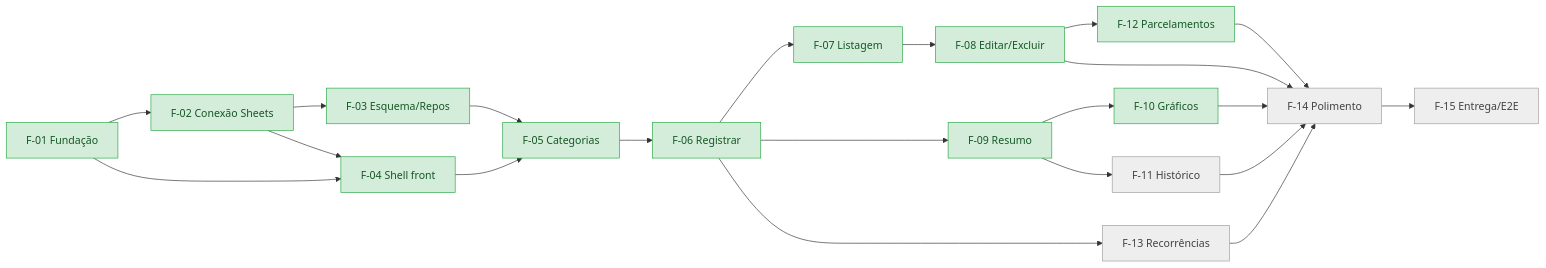
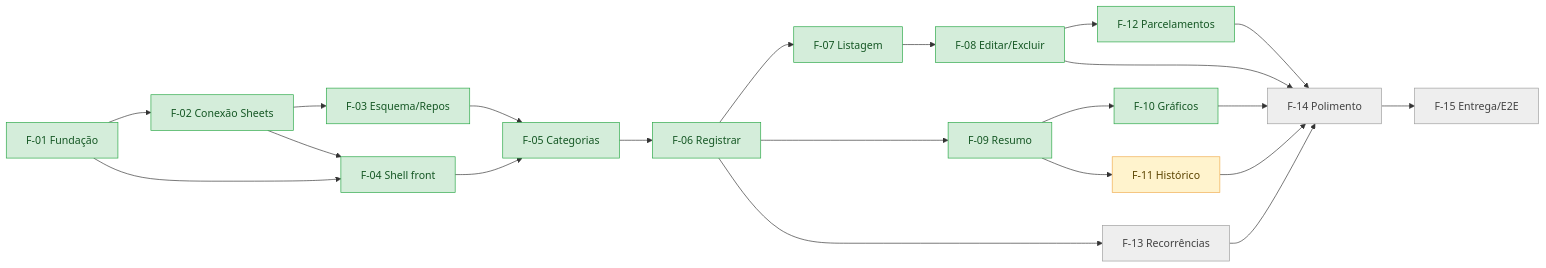
Before and after one commit to Pedrohcs/PlanilhaFinanceira: the diagram in SPECS/05-acompanhamento.md, drawn with Mermaid. The commit also changed other lines of this file and 8 other files, not shown here.

````diff
--- a/SPECS/05-acompanhamento.md
+++ b/SPECS/05-acompanhamento.md
@@ -64,23 +64,24 @@
 ```mermaid
 flowchart LR
     F01[F-01 Fundação] --> F02[F-02 Conexão Sheets] --> F03[F-03 Esquema/Repos]
     F01 --> F04[F-04 Shell front]
     F02 --> F04
     F03 --> F05[F-05 Categorias]
     F04 --> F05
     F05 --> F06[F-06 Registrar]
     F06 --> F07[F-07 Listagem] --> F08[F-08 Editar/Excluir]
     F06 --> F09[F-09 Resumo]
     F09 --> F10[F-10 Gráficos]
     F09 --> F11[F-11 Histórico]
     F08 --> F12[F-12 Parcelamentos]
     F06 --> F13[F-13 Recorrências]
     F08 & F10 & F11 & F12 & F13 --> F14[F-14 Polimento]
     F14 --> F15[F-15 Entrega/E2E]
 
     classDef naoIniciada fill:#eeeeee,stroke:#9e9e9e,color:#424242;
     classDef iniciada fill:#fff3cd,stroke:#f0ad4e,color:#5c4400;
     classDef concluida fill:#d4edda,stroke:#28a745,color:#155724;
-    class F11,F13,F14,F15 naoIniciada;
+    class F13,F14,F15 naoIniciada;
+    class F11 iniciada;
     class F01,F02,F03,F04,F05,F06,F07,F08,F09,F10,F12 concluida;
 ```
````
